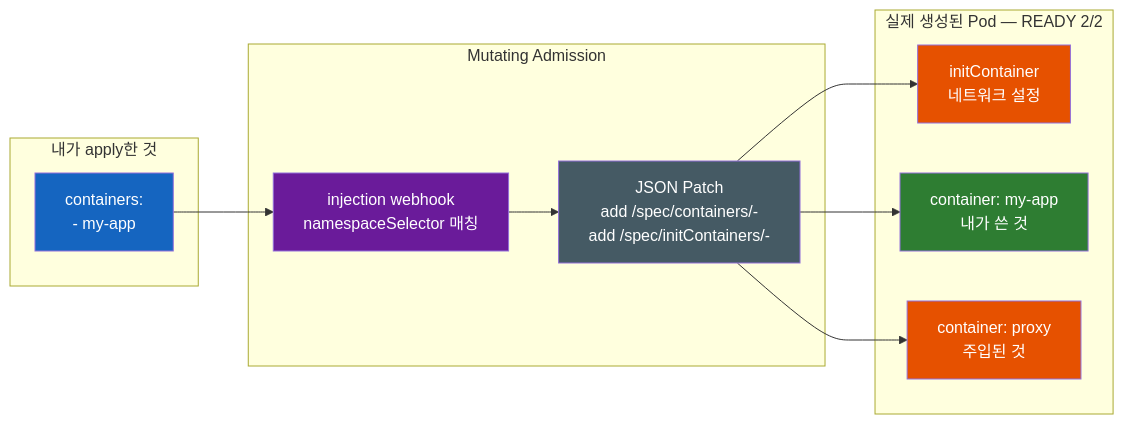
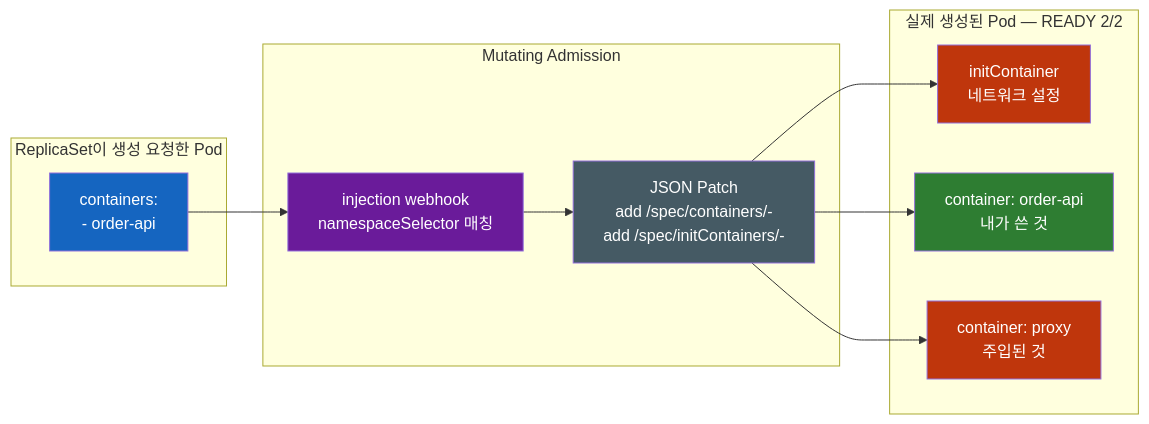
The second of 3 diagrams in kubernetes/Kubernetes-Admission-Webhook.md (sskim91/TIL), drawn with Mermaid before and after one commit. The commit also changed other lines of this file and 39 other files, not shown here.

````diff
--- a/kubernetes/Kubernetes-Admission-Webhook.md
+++ b/kubernetes/Kubernetes-Admission-Webhook.md
@@ -246,26 +244,26 @@
 ```mermaid
 flowchart LR
-    subgraph before["내가 apply한 것"]
-        y["containers:<br>- my-app"]
+    subgraph before["ReplicaSet이 생성 요청한 Pod"]
+        y["containers:<br>- order-api"]
     end
     subgraph mech["Mutating Admission"]
         wh["injection webhook<br>namespaceSelector 매칭"]
         p["JSON Patch<br>add /spec/containers/-<br>add /spec/initContainers/-"]
     end
     subgraph after["실제 생성된 Pod — READY 2/2"]
         c1["initContainer<br>네트워크 설정"]
-        c2["container: my-app<br>내가 쓴 것"]
+        c2["container: order-api<br>내가 쓴 것"]
         c3["container: proxy<br>주입된 것"]
     end
     y --> wh --> p
     p --> c1
     p --> c2
     p --> c3
 
     style y fill:#1565C0,color:#fff
     style wh fill:#6A1B9A,color:#fff
     style p fill:#455A64,color:#fff
-    style c1 fill:#E65100,color:#fff
+    style c1 fill:#BF360C,color:#fff
     style c2 fill:#2E7D32,color:#fff
-    style c3 fill:#E65100,color:#fff
+    style c3 fill:#BF360C,color:#fff
 ```
````
